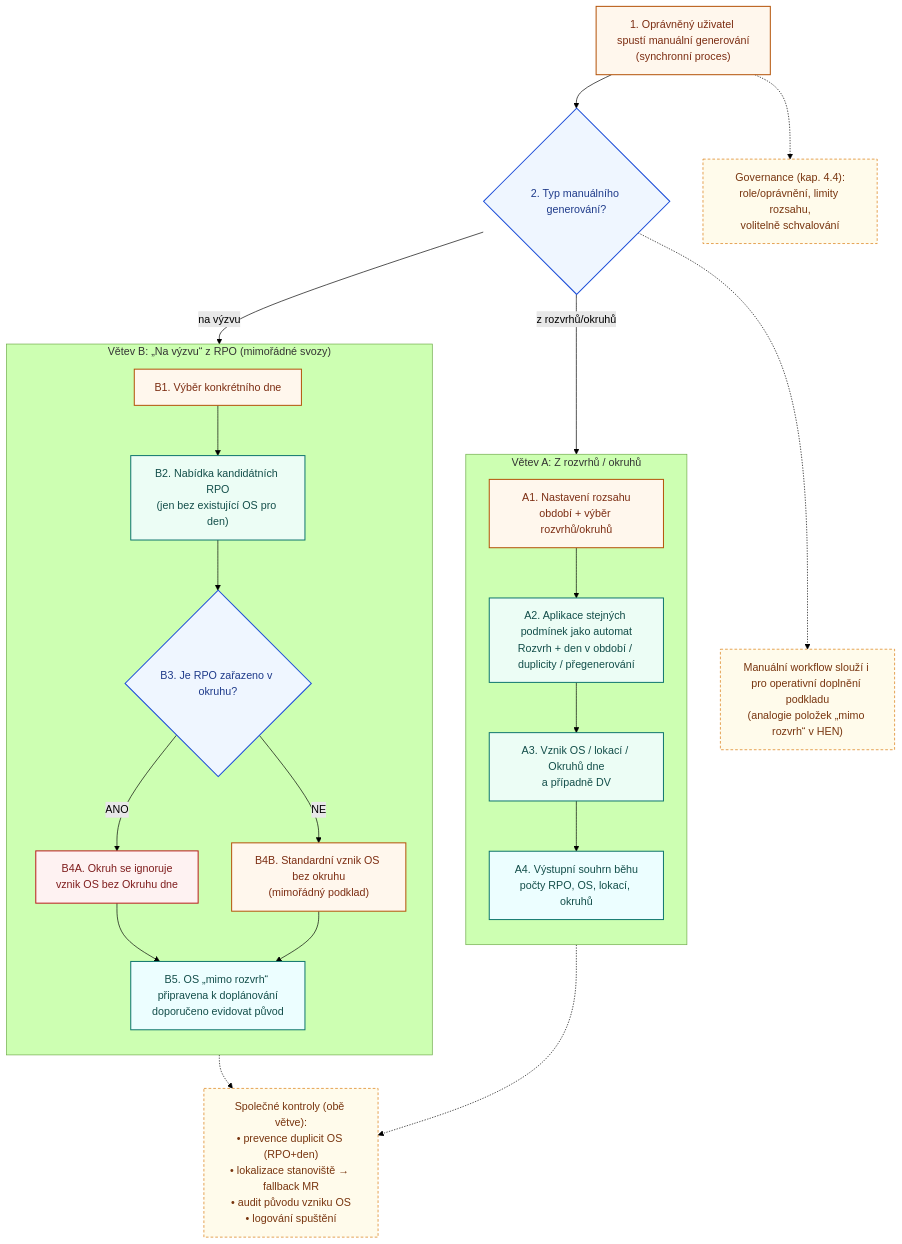
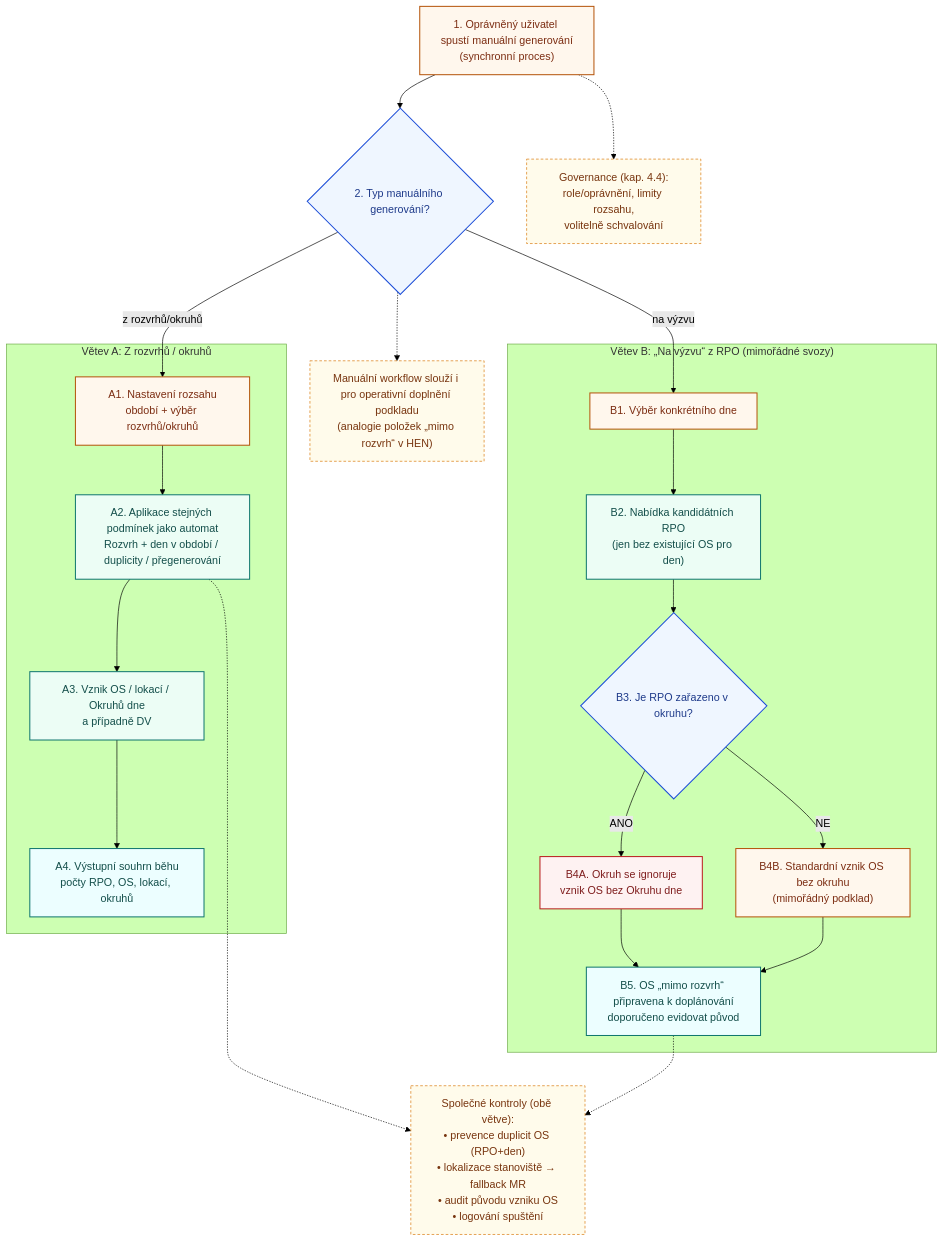
The diagram in docs/generovani-OS/diagram-workflow-generovani-manualni.mmd (vfindejs2/VF_ANA_CS_PP), drawn with Mermaid (forest theme) before and after one commit.

Commit message:
Oprava diagramu manualni gen OS

```diff
--- a/docs/generovani-OS/diagram-workflow-generovani-manualni.mmd
+++ b/docs/generovani-OS/diagram-workflow-generovani-manualni.mmd
@@ -1,47 +1,45 @@
 flowchart TD
     A["1. Oprávněný uživatel spustí manuální generování<br/>(synchronní proces)"]:::manual
     B{"2. Typ manuálního generování?"}:::decision
 
     %% Větev A - z rozvrhů/okruhů
     subgraph VA["Větev A: Z rozvrhů / okruhů"]
-      direction TD
       A1["A1. Nastavení rozsahu<br/>období + výběr rozvrhů/okruhů"]:::manual
       A2["A2. Aplikace stejných podmínek jako automat<br/>Rozvrh + den v období / duplicity / přegenerování"]:::auto
       A3["A3. Vznik OS / lokací / Okruhů dne<br/>a případně DV"]:::auto
       A4["A4. Výstupní souhrn běhu<br/>počty RPO, OS, lokací, okruhů"]:::output
       A1 --> A2 --> A3 --> A4
     end
 
     %% Větev B - na výzvu
     subgraph VB["Větev B: „Na výzvu“ z RPO (mimořádné svozy)"]
-      direction TD
       B1["B1. Výběr konkrétního dne"]:::manual
       B2["B2. Nabídka kandidátních RPO<br/>(jen bez existující OS pro den)"]:::auto
       B3{"B3. Je RPO zařazeno v okruhu?"}:::decision
       B4A["B4A. Okruh se ignoruje<br/>vznik OS bez Okruhu dne"]:::warn
       B4B["B4B. Standardní vznik OS bez okruhu<br/>(mimořádný podklad)"]:::manual
       B5["B5. OS „mimo rozvrh“ připravena k doplánování<br/>doporučeno evidovat původ"]:::output
       B1 --> B2 --> B3
       B3 -- "ANO" --> B4A --> B5
       B3 -- "NE" --> B4B --> B5
     end
 
     A --> B
     B -- "z rozvrhů/okruhů" --> A1
     B -- "na výzvu" --> B1
 
     C1["Společné kontroly (obě větve):<br/>• prevence duplicit OS (RPO+den)<br/>• lokalizace stanoviště → fallback MR<br/>• audit původu vzniku OS<br/>• logování spuštění"]:::rule
     C2["Governance (kap. 4.4):<br/>role/oprávnění, limity rozsahu,<br/>volitelně schvalování"]:::rule
     C3["Manuální workflow slouží i pro operativní doplnění podkladu<br/>(analogie položek „mimo rozvrh“ v HEN)"]:::rule
 
     A -.-> C2
     A2 -.-> C1
     B5 -.-> C1
     B -.-> C3
 
     classDef auto fill:#ecfdf5,stroke:#0f766e,color:#134e4a,stroke-width:1.5px;
     classDef manual fill:#fff7ed,stroke:#b45309,color:#7c2d12,stroke-width:1.5px;
     classDef decision fill:#eff6ff,stroke:#1d4ed8,color:#1e3a8a,stroke-width:1.5px;
     classDef warn fill:#fef2f2,stroke:#b91c1c,color:#7f1d1d,stroke-width:1.5px;
     classDef output fill:#ecfeff,stroke:#0f766e,color:#134e4a,stroke-width:1.5px;
     classDef rule fill:#fffbeb,stroke:#d97706,color:#78350f,stroke-dasharray: 4 3;
```
